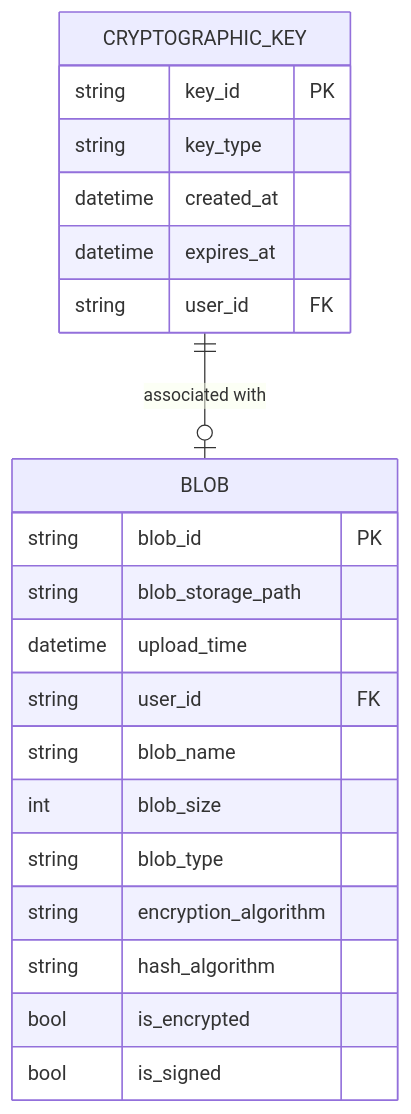
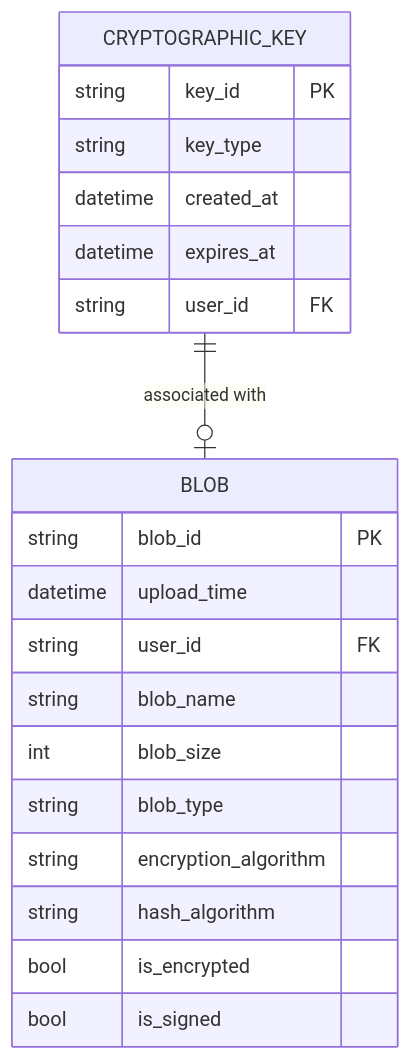
One commit to MGTheTrain/crypto-vault-service changed the diagram in docs/diagrams/erd.mmd. Above: the diagram before and after it, drawn with Mermaid. The commit also changed 3 other files, not shown here.

```diff
--- a/docs/diagrams/erd.mmd
+++ b/docs/diagrams/erd.mmd
@@ -1,24 +1,23 @@
 erDiagram
     CRYPTOGRAPHIC_KEY {
         string key_id PK
         string key_type
         datetime created_at
         datetime expires_at
         string user_id FK
     }
 
     BLOB {
         string blob_id PK
-        string blob_storage_path
         datetime upload_time
         string user_id FK
         string blob_name
         int blob_size
         string blob_type
         string encryption_algorithm
         string hash_algorithm
         bool is_encrypted
         bool is_signed
     }
 
     CRYPTOGRAPHIC_KEY ||--o| BLOB : "associated with"
```
